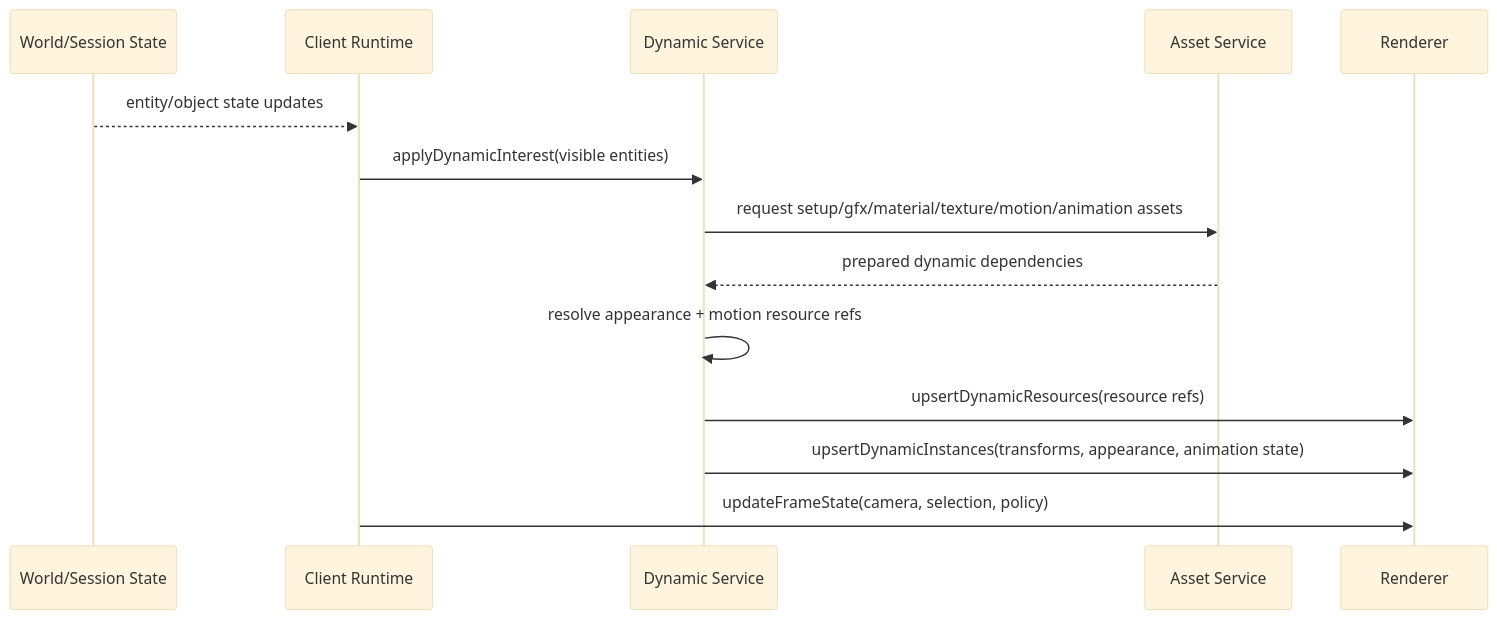
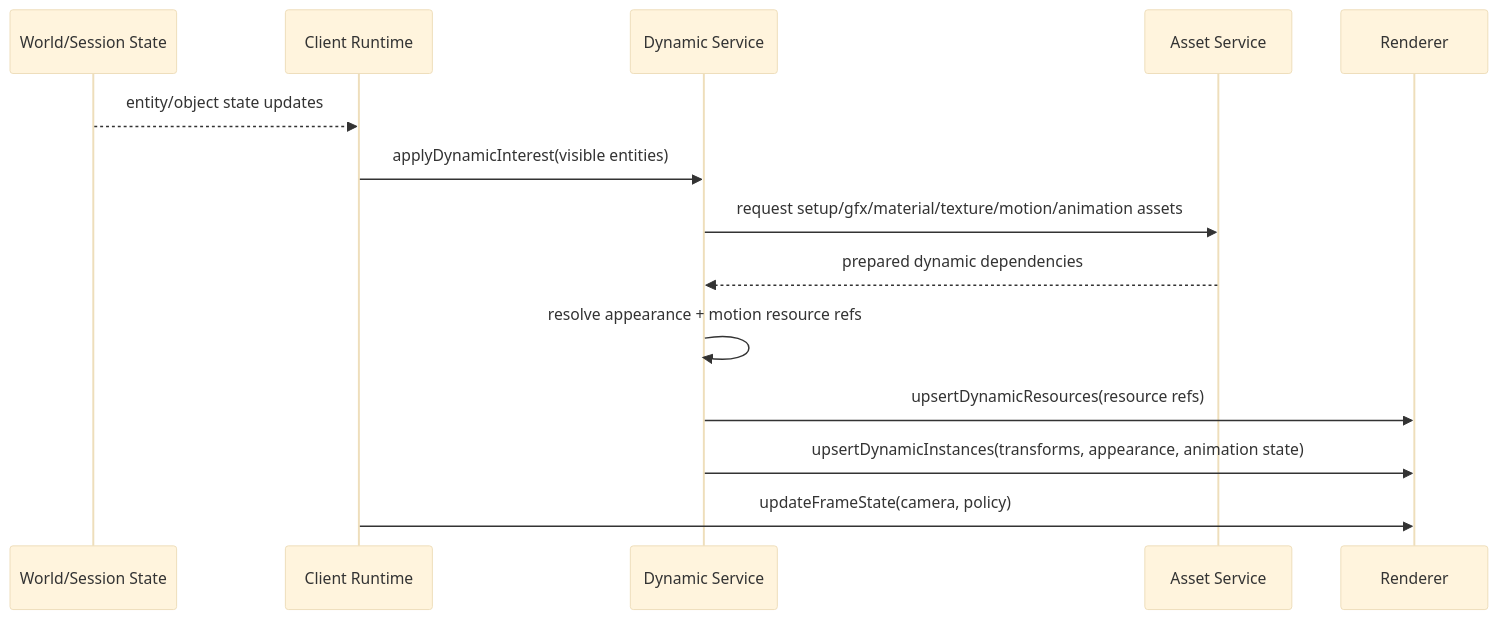
Diagram 11 of 22 in docs/plans/holtburger-3d-frontend-v2-design.md (merklejerk/holtburger), drawn with Mermaid (base theme) before and after one commit. The commit also changed other lines of this file and 1 other file, not shown here.

````diff
--- a/docs/plans/holtburger-3d-frontend-v2-design.md
+++ b/docs/plans/holtburger-3d-frontend-v2-design.md
@@ -836,17 +844,17 @@
 ```mermaid
 sequenceDiagram
   participant World as World/Session State
   participant Runtime as Client Runtime
   participant Dynamic as Dynamic Service
   participant Assets as Asset Service
   participant Renderer as Renderer
 
   World-->>Runtime: entity/object state updates
   Runtime->>Dynamic: applyDynamicInterest(visible entities)
   Dynamic->>Assets: request setup/gfx/material/texture/motion/animation assets
   Assets-->>Dynamic: prepared dynamic dependencies
   Dynamic->>Dynamic: resolve appearance + motion resource refs
   Dynamic->>Renderer: upsertDynamicResources(resource refs)
   Dynamic->>Renderer: upsertDynamicInstances(transforms, appearance, animation state)
-  Runtime->>Renderer: updateFrameState(camera, selection, policy)
+  Runtime->>Renderer: updateFrameState(camera, policy)
 ```
````
